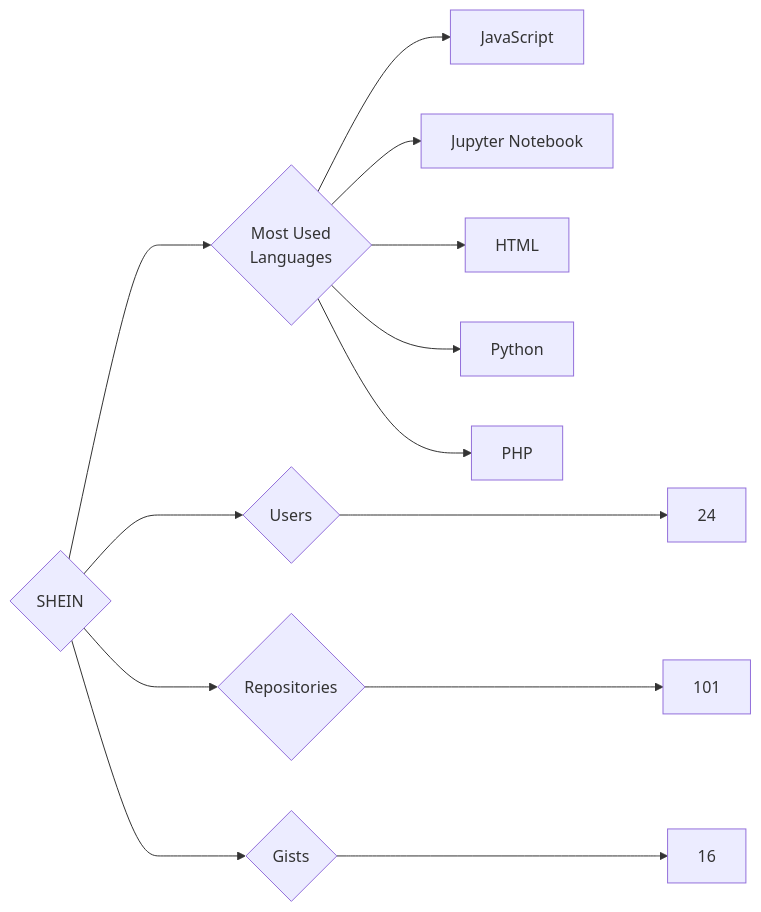
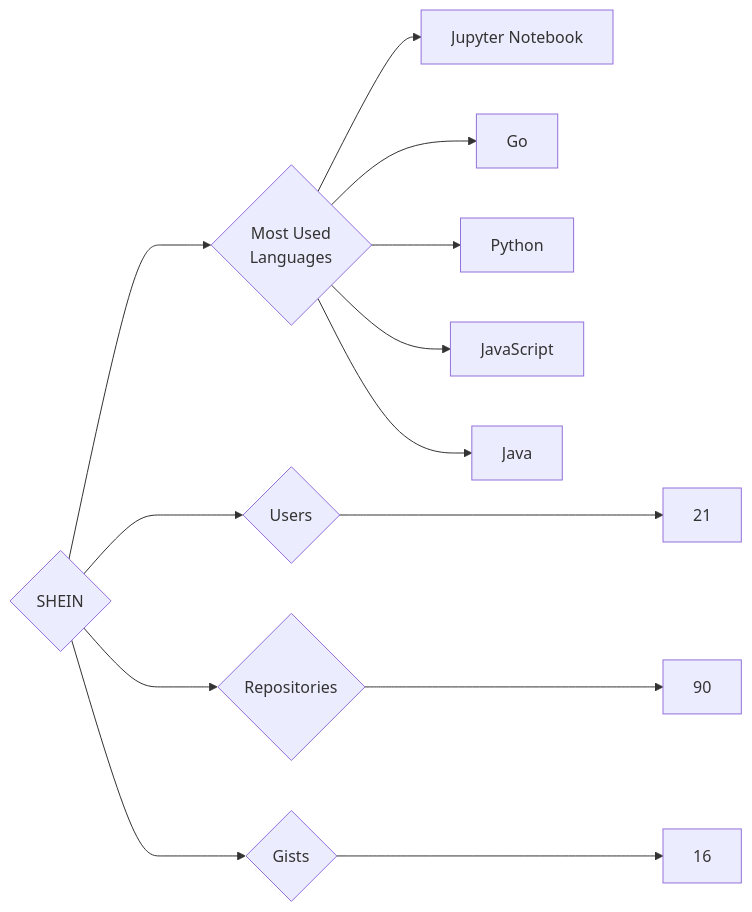
One commit to trickest/insiders changed the diagram in targets/SHEIN/README.md. Above: the diagram before and after it, drawn with Mermaid. The commit also changed 682 other files, not shown here.

````diff
--- a/targets/SHEIN/README.md
+++ b/targets/SHEIN/README.md
@@ -3,13 +3,13 @@
 ```mermaid
 graph LR
 COMPANY_NAME{SHEIN}
-COMPANY_NAME ---> U{Users} ---> UN[24]
-COMPANY_NAME ---> R{Repositories} ---> RN[101]
+COMPANY_NAME ---> U{Users} ---> UN[21]
+COMPANY_NAME ---> R{Repositories} ---> RN[90]
 COMPANY_NAME ---> G{Gists} ---> GN[16]
 COMPANY_NAME ---> ML{Most Used<br>Languages}
+ML --> Jupyter_Notebook[Jupyter Notebook]
+ML --> Go[Go]
+ML --> Python[Python]
 ML --> JavaScript[JavaScript]
-ML --> Jupyter_Notebook[Jupyter Notebook]
-ML --> HTML[HTML]
-ML --> Python[Python]
-ML --> PHP[PHP]
+ML --> Java[Java]
 ```
````
